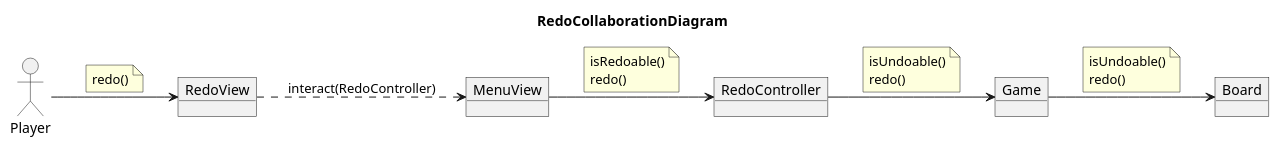
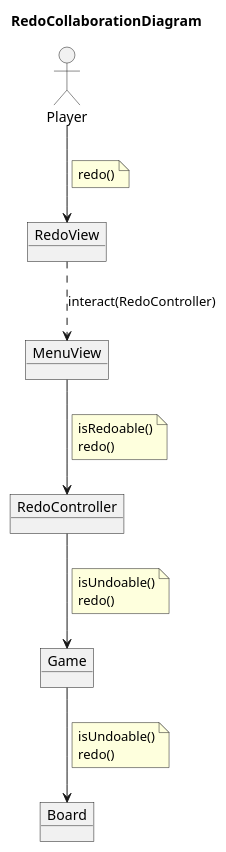
One commit to Master-Desarrollo-20-21/patrones-diseno---practica-final---juego-de-las-damas-fraylopez changed the diagram in docs/src/analysis/use-cases/redo-colab.plantuml. Above: the diagram before and after it, drawn with PlantUML. The commit also changed 22 other files, not shown here.

```diff
--- a/docs/src/analysis/use-cases/redo-colab.plantuml
+++ b/docs/src/analysis/use-cases/redo-colab.plantuml
@@ -1,38 +1,38 @@
 @startuml RedoCollaborationDiagram
 title RedoCollaborationDiagram
 
 allow_mixing
-left to right direction
+' left to right direction
 
 actor Player
 object MenuView
 object RedoView
 object RedoController
 object Game
 object Board
 
 Player --> RedoView
 note on link
     redo()
 end note
 RedoView ..> MenuView : interact(RedoController)
 
 MenuView --> RedoController
 note on link
     isRedoable()
     redo()
 end note
 
 RedoController --> Game
 note on link
     isUndoable()
     redo()
 end note
 
 Game --> Board
 note on link
     isUndoable()
     redo()
 end note
 
 @enduml
```
